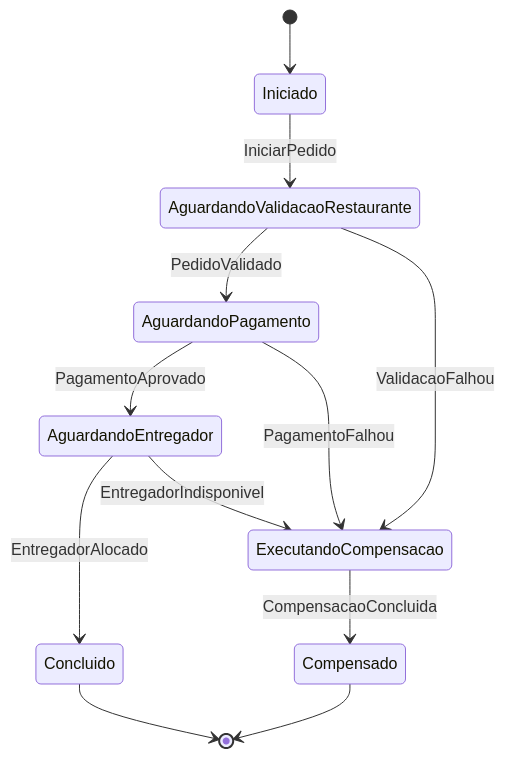
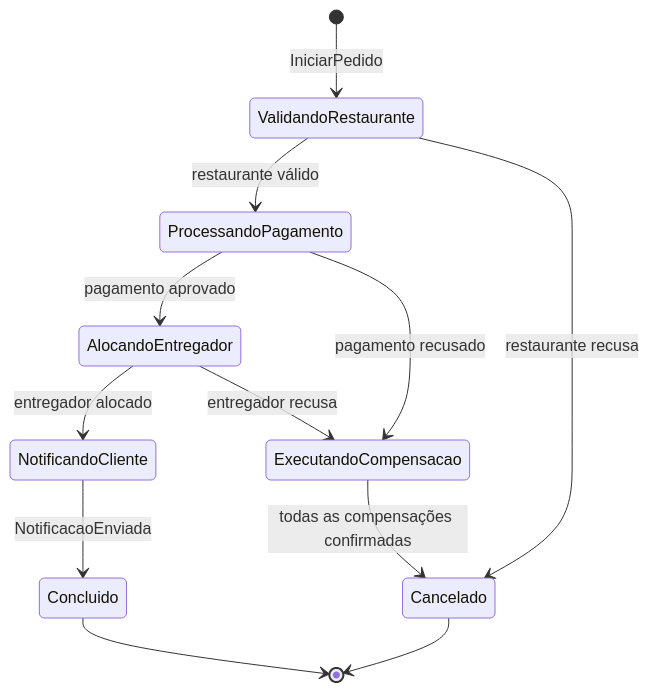
One commit to felipemarcianodev/saga-poc-dotnet changed the fifth of 5 diagrams in docs/diagramas-compensacao.md. Above: the diagram before and after it, drawn with Mermaid. The commit also changed other lines of this file and 32 other files, not shown here.

````diff
--- a/docs/diagramas-compensacao.md
+++ b/docs/diagramas-compensacao.md
@@ -132,20 +139,20 @@
 ```mermaid
 stateDiagram-v2
-    [*] --> Iniciado
+    [*] --> ValidandoRestaurante: IniciarPedido
 
-    Iniciado --> AguardandoValidacaoRestaurante: IniciarPedido
+    ValidandoRestaurante --> ProcessandoPagamento: restaurante válido
+    ValidandoRestaurante --> Cancelado: restaurante recusa
 
-    AguardandoValidacaoRestaurante --> AguardandoPagamento: PedidoValidado
-    AguardandoValidacaoRestaurante --> ExecutandoCompensacao: ValidacaoFalhou
+    ProcessandoPagamento --> AlocandoEntregador: pagamento aprovado
+    ProcessandoPagamento --> ExecutandoCompensacao: pagamento recusado
 
-    AguardandoPagamento --> AguardandoEntregador: PagamentoAprovado
-    AguardandoPagamento --> ExecutandoCompensacao: PagamentoFalhou
+    AlocandoEntregador --> NotificandoCliente: entregador alocado
+    AlocandoEntregador --> ExecutandoCompensacao: entregador recusa
 
-    AguardandoEntregador --> Concluido: EntregadorAlocado
-    AguardandoEntregador --> ExecutandoCompensacao: EntregadorIndisponivel
+    NotificandoCliente --> Concluido: NotificacaoEnviada
 
-    ExecutandoCompensacao --> Compensado: CompensacaoConcluida
+    ExecutandoCompensacao --> Cancelado: todas as compensações confirmadas
 
     Concluido --> [*]
-    Compensado --> [*]
+    Cancelado --> [*]
 ```
````
